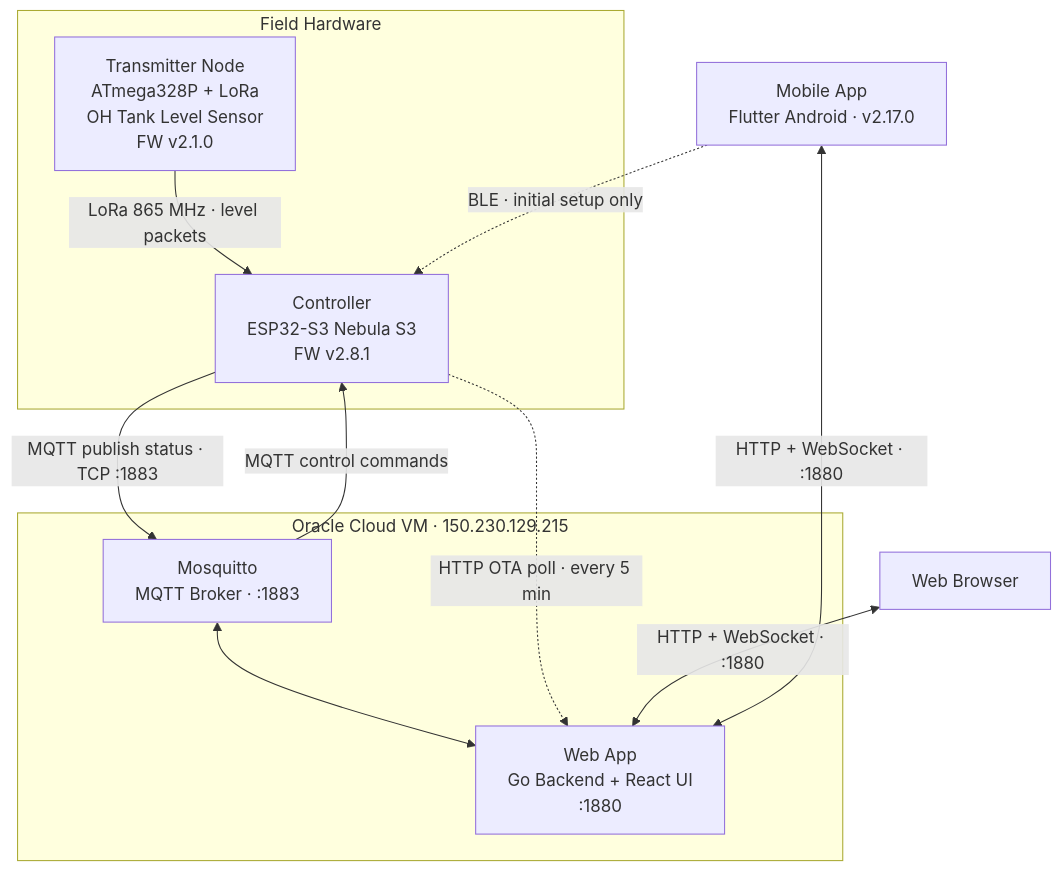
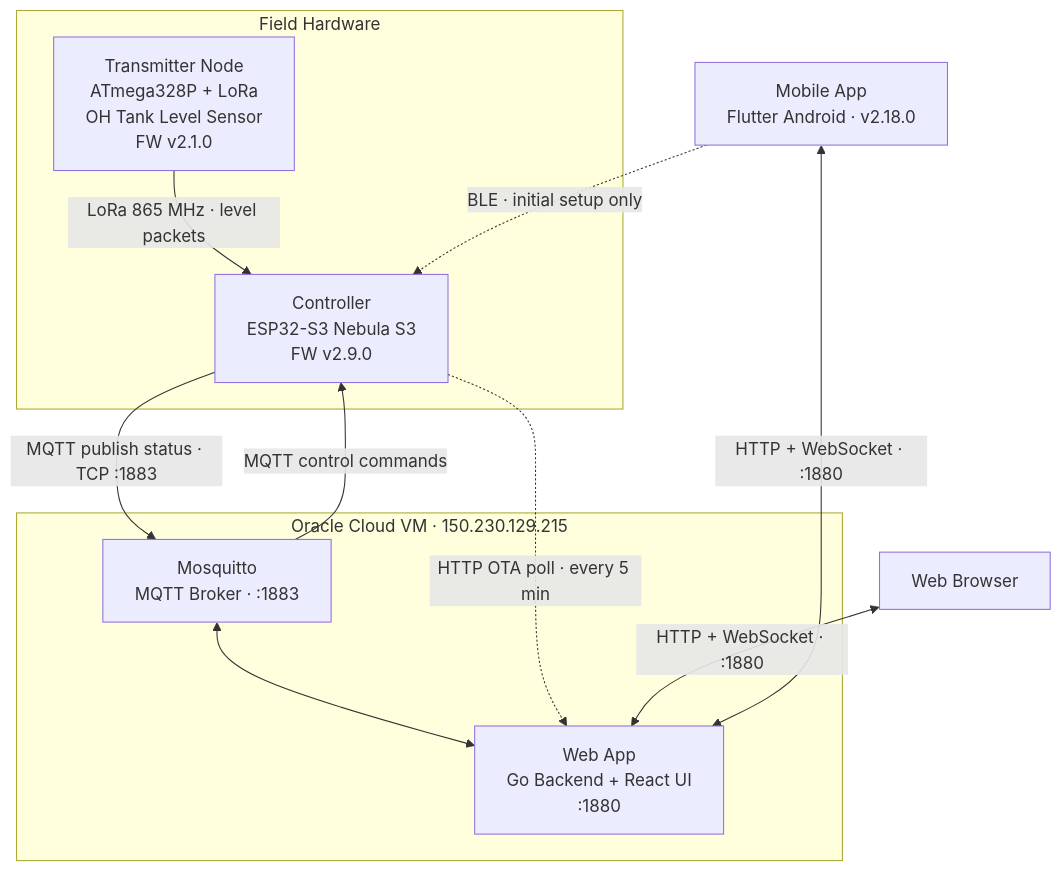
Before and after one commit to nperiannan/TankMonitor: the first of 2 diagrams in README.md, drawn with Mermaid. The commit also changed other lines of this file and 13 other files, not shown here.

````diff
--- a/README.md
+++ b/README.md
@@ -9,25 +9,25 @@
 ```mermaid
 flowchart TD
     subgraph Field["Field Hardware"]
         TX["Transmitter Node\nATmega328P + LoRa\nOH Tank Level Sensor\nFW v2.1.0"]
-        CTRL["Controller\nESP32-S3 Nebula S3\nFW v2.8.1"]
+        CTRL["Controller\nESP32-S3 Nebula S3\nFW v2.9.0"]
         TX -- "LoRa 865 MHz · level packets" --> CTRL
     end
 
     subgraph Server["Oracle Cloud VM · 150.230.129.215"]
         MQ["Mosquitto\nMQTT Broker · :1883"]
         WEB["Web App\nGo Backend + React UI\n:1880"]
         MQ <--> WEB
     end
 
     CTRL -- "MQTT publish status · TCP :1883" --> MQ
     MQ -- "MQTT control commands" --> CTRL
     CTRL -. "HTTP OTA poll · every 5 min" .-> WEB
 
     BROWSER["Web Browser"]
-    APP["Mobile App\nFlutter Android · v2.17.0"]
+    APP["Mobile App\nFlutter Android · v2.18.0"]
 
     BROWSER <-- "HTTP + WebSocket · :1880" --> WEB
     APP <-- "HTTP + WebSocket · :1880" --> WEB
     APP -. "BLE · initial setup only" .-> CTRL
 ```
````
